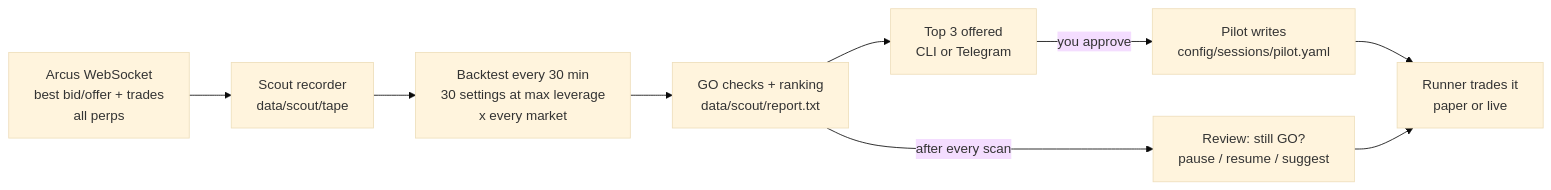
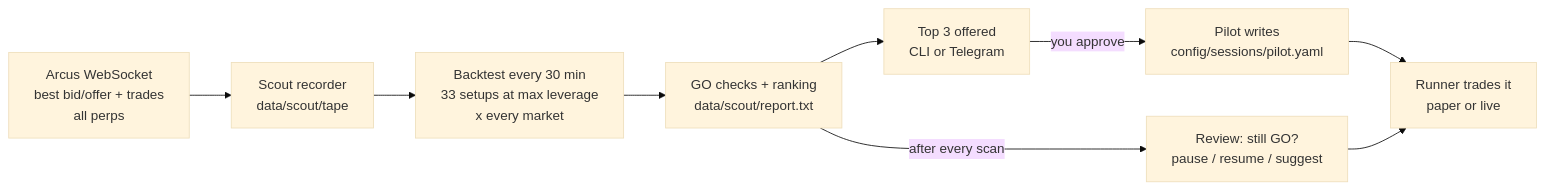
The diagram in README.md (dhruvamity/treading-bot), drawn with Mermaid (base theme) before and after one commit. The commit also changed other lines of this file and 49 other files, not shown here.

````diff
--- a/README.md
+++ b/README.md
@@ -64,11 +66,11 @@
 ```mermaid
 flowchart LR
     A[Arcus WebSocket<br/>best bid/offer + trades<br/>all perps] --> B[Scout recorder<br/>data/scout/tape]
-    B --> C[Backtest every 30 min<br/>30 settings at max leverage<br/>x every market]
+    B --> C[Backtest every 30 min<br/>33 setups at max leverage<br/>x every market]
     C --> D[GO checks + ranking<br/>data/scout/report.txt]
     D --> E[Top 3 offered<br/>CLI or Telegram]
     E -->|you approve| F[Pilot writes<br/>config/sessions/pilot.yaml]
     F --> G[Runner trades it<br/>paper or live]
     D -->|after every scan| H[Review: still GO?<br/>pause / resume / suggest]
     H --> G
 ```
````
